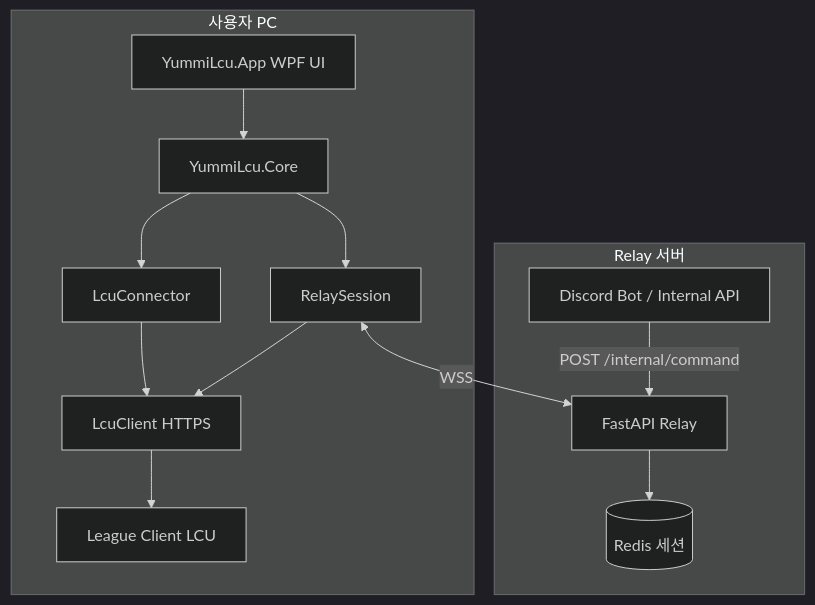
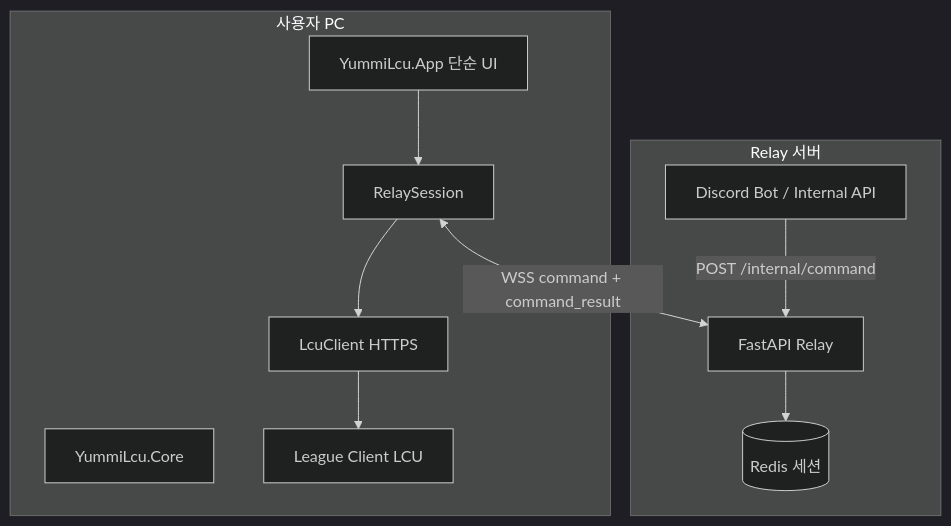
Before and after one commit to Waitence7/YummiLCU: the first of 3 diagrams in docs/AGENT_MECHANISM.md, drawn with Mermaid (dark theme). The commit also changed other lines of this file and 70 other files, not shown here.

First line of the commit message:
Simplify agent to connect-only UI and add Relay command feedback.

````diff
--- a/docs/AGENT_MECHANISM.md
+++ b/docs/AGENT_MECHANISM.md
@@ -22,28 +22,24 @@
 ```mermaid
 flowchart TB
   subgraph user_pc [사용자 PC]
-    WPF[YummiLcu.App WPF UI]
+    WPF[YummiLcu.App 단순 UI]
     Core[YummiLcu.Core]
-  LCUConnector[LcuConnector]
-  RelaySession[RelaySession]
-  LcuClient[LcuClient HTTPS]
+    RelaySession[RelaySession]
+    LcuClient[LcuClient HTTPS]
     LoL[League Client LCU]
   end
 
   subgraph server [Relay 서버]
     FastAPI[FastAPI Relay]
     Redis[(Redis 세션)]
     Bot[Discord Bot / Internal API]
   end
 
-  WPF --> Core
-  Core --> LCUConnector
-  Core --> RelaySession
-  LCUConnector --> LcuClient
+  WPF --> RelaySession
   RelaySession --> LcuClient
   LcuClient --> LoL
 
-  RelaySession <-->|WSS| FastAPI
+  RelaySession <-->|WSS command + command_result| FastAPI
   Bot -->|POST /internal/command| FastAPI
   FastAPI --> Redis
 ```
````
